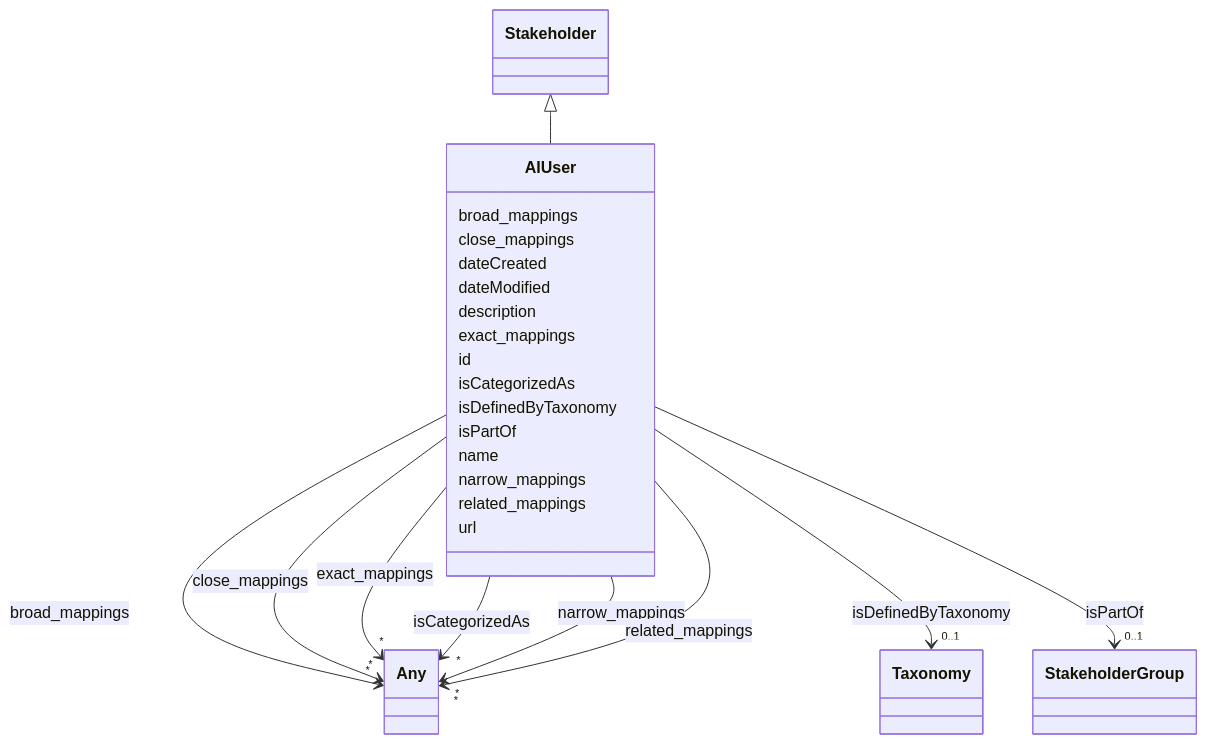
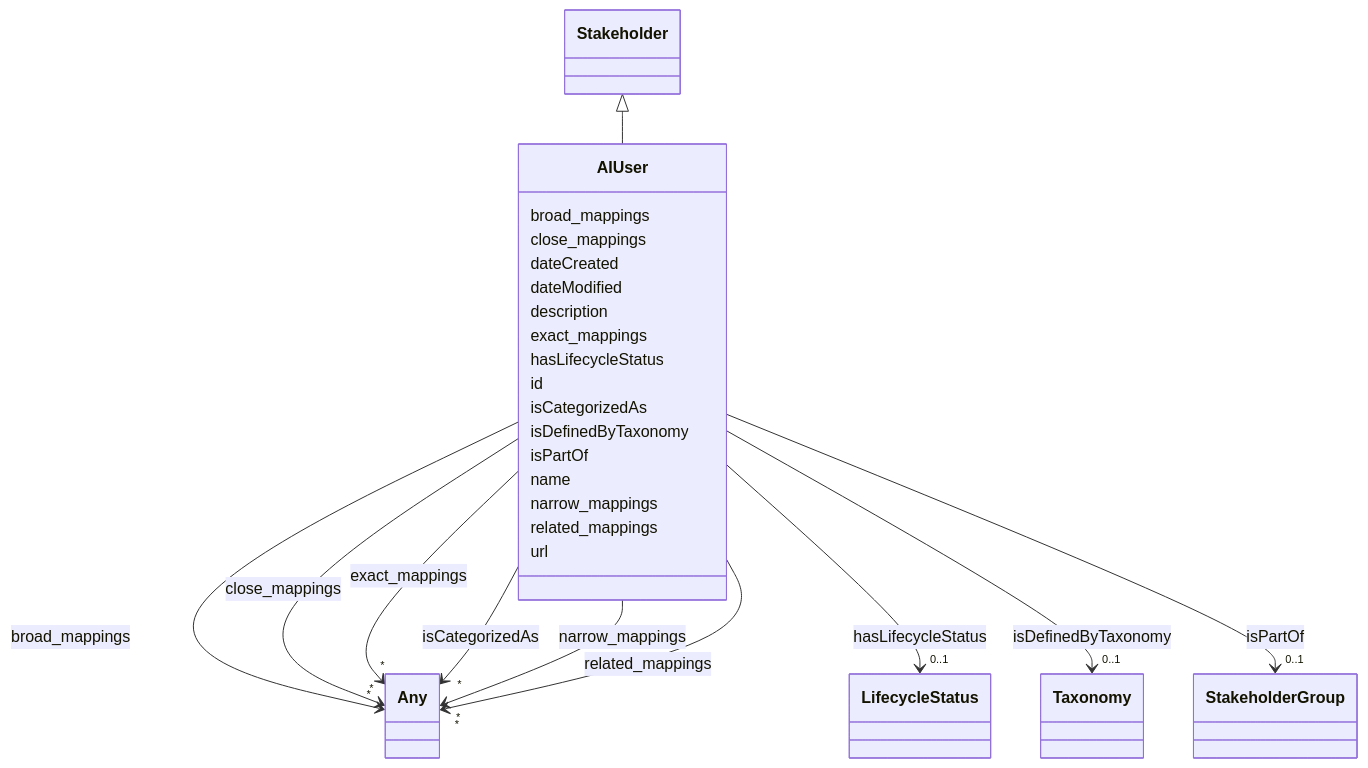
Before and after one commit to ingelise/risk-atlas-nexus: the diagram in docs/ontology/AIUser.md, drawn with Mermaid. The commit also changed other lines of this file and 206 other files, not shown here.

```diff
--- a/docs/ontology/AIUser.md
+++ b/docs/ontology/AIUser.md
@@ -54,6 +54,17 @@
 
         AIUser --> "*" Any : exact_mappings
         click Any href "../Any/"
+
+
+
+      AIUser : hasLifecycleStatus
+
+
+
+
+
+        AIUser --> "0..1" LifecycleStatus : hasLifecycleStatus
+        click LifecycleStatus href "../LifecycleStatus/"
 
 
 
```
